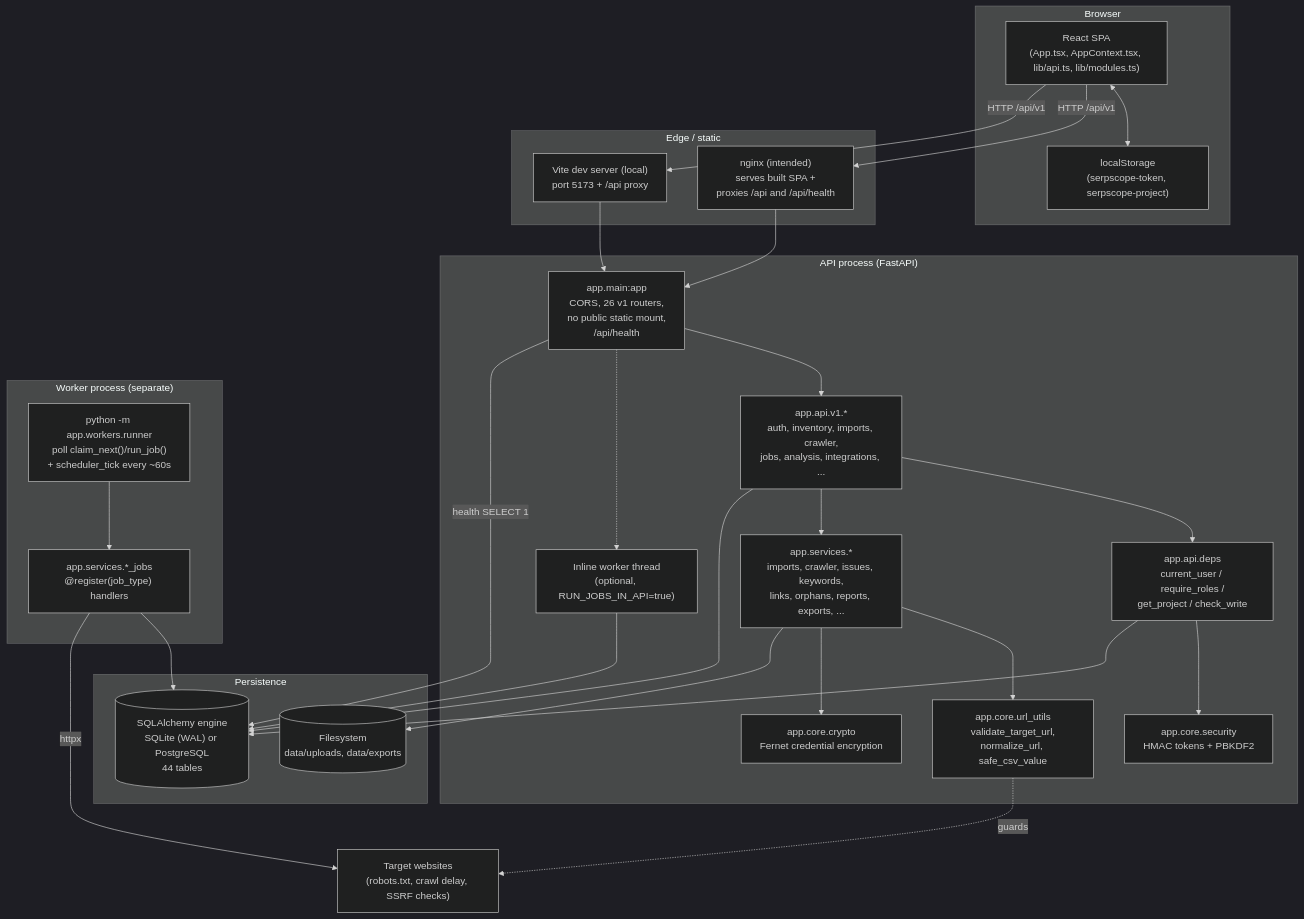
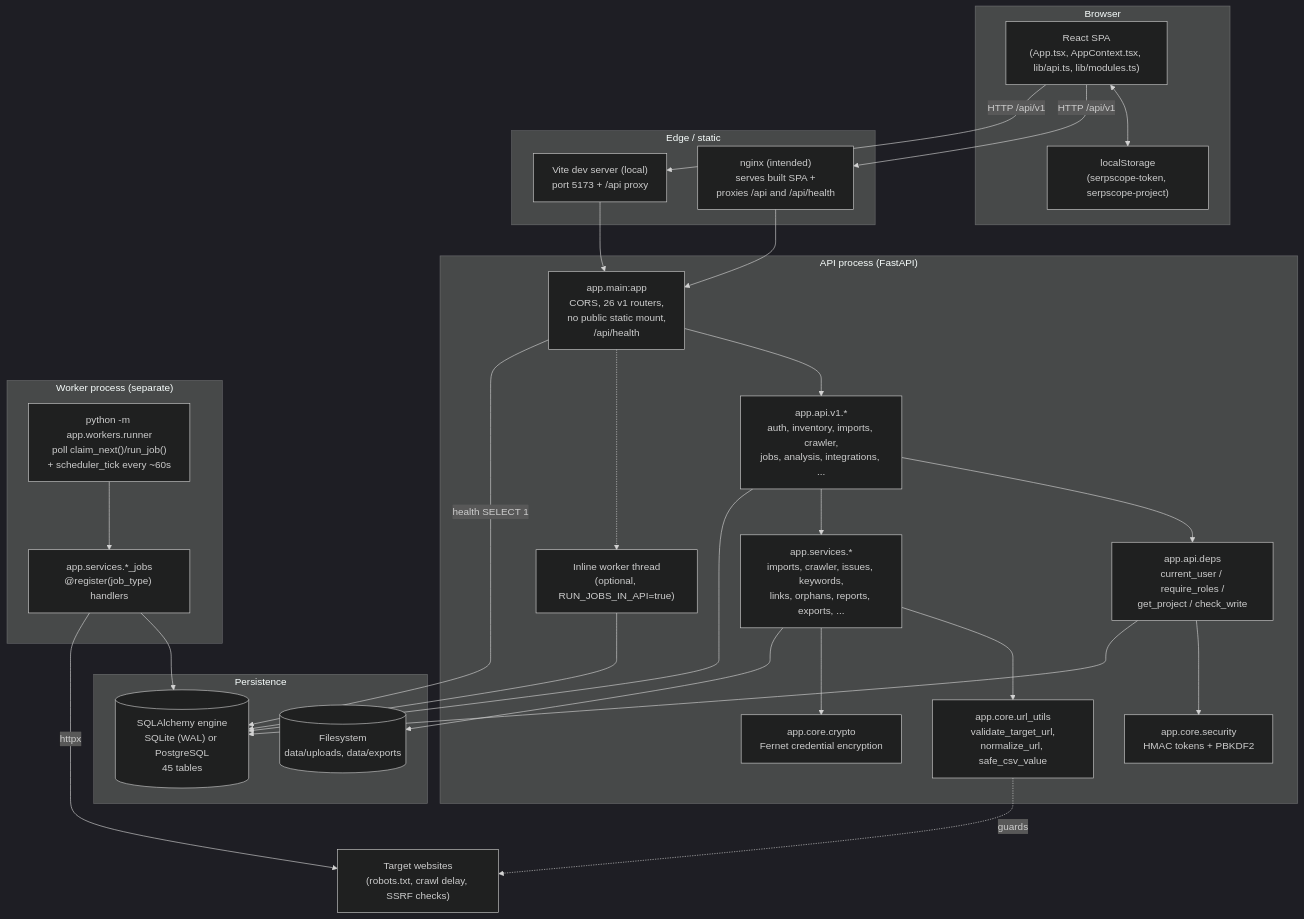
The first of 3 diagrams in docs/ARCHITECTURE.md (bevijaygupta/serpscope), drawn with Mermaid (dark theme) before and after one commit. The commit also changed 14 other files, not shown here.

````diff
--- a/docs/ARCHITECTURE.md
+++ b/docs/ARCHITECTURE.md
@@ -22,57 +22,57 @@
 ```mermaid
 flowchart TB
     subgraph browser["Browser"]
         SPA["React SPA\n(App.tsx, AppContext.tsx, lib/api.ts, lib/modules.ts)"]
         LS["localStorage\n(serpscope-token, serpscope-project)"]
         SPA <--> LS
     end
 
     subgraph edge["Edge / static"]
         NGINX["nginx (intended)\nserves built SPA +\nproxies /api and /api/health"]
         VITE["Vite dev server (local)\nport 5173 + /api proxy"]
     end
 
     subgraph api["API process (FastAPI)"]
         MAIN["app.main:app\nCORS, 26 v1 routers,\nno public static mount,\n/api/health"]
         DEPS["app.api.deps\ncurrent_user / require_roles /\nget_project / check_write"]
         ROUTERS["app.api.v1.*\nauth, inventory, imports, crawler,\njobs, analysis, integrations, ..."]
         SEC["app.core.security\nHMAC tokens + PBKDF2"]
         URLU["app.core.url_utils\nvalidate_target_url,\nnormalize_url, safe_csv_value"]
         CRYPTO["app.core.crypto\nFernet credential encryption"]
         SERVICES["app.services.*\nimports, crawler, issues, keywords,\nlinks, orphans, reports, exports, ..."]
         INLINE["Inline worker thread\n(optional, RUN_JOBS_IN_API=true)"]
         MAIN --> ROUTERS
         ROUTERS --> DEPS
         DEPS --> SEC
         ROUTERS --> SERVICES
         SERVICES --> URLU
         SERVICES --> CRYPTO
         MAIN -.-> INLINE
     end
 
     subgraph worker["Worker process (separate)"]
         RUNNER["python -m app.workers.runner\npoll claim_next()/run_job()\n+ scheduler_tick every ~60s"]
         HANDLERS["app.services.*_jobs\n@register(job_type) handlers"]
         RUNNER --> HANDLERS
     end
 
     subgraph data["Persistence"]
-        DB[("SQLAlchemy engine\nSQLite (WAL) or PostgreSQL\n44 tables")]
+        DB[("SQLAlchemy engine\nSQLite (WAL) or PostgreSQL\n45 tables")]
         FILES[("Filesystem\ndata/uploads, data/exports")]
     end
 
     EXTERNAL["Target websites\n(robots.txt, crawl delay, SSRF checks)"]
 
     SPA -->|HTTP /api/v1| NGINX
     SPA -->|HTTP /api/v1| VITE
     NGINX --> MAIN
     VITE --> MAIN
     ROUTERS --> DB
     DEPS --> DB
     HANDLERS --> DB
     INLINE --> DB
     SERVICES --> FILES
     MAIN -->|health SELECT 1| DB
     HANDLERS -->|httpx| EXTERNAL
     URLU -.->|guards| EXTERNAL
 ```
````
